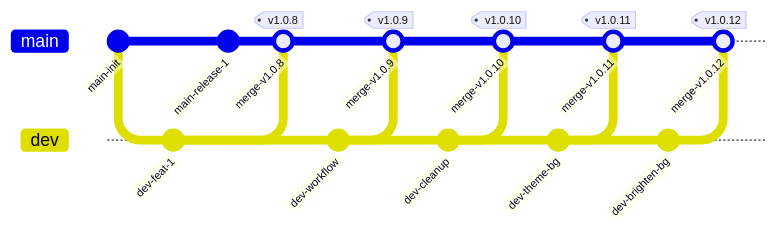
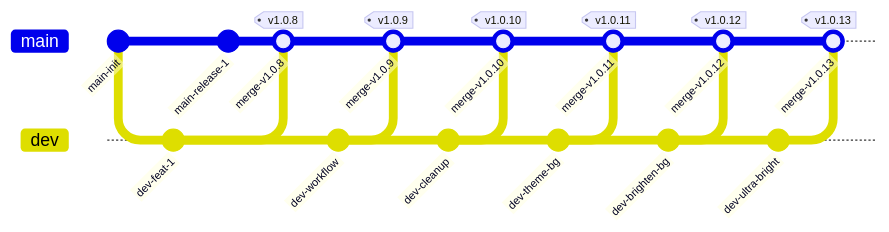
The first of 2 diagrams in OPERATIONS.md (6jbw6/Gomoku), drawn with Mermaid before and after one commit. The commit also changed other lines of this file and 2 other files, not shown here.

````diff
--- a/OPERATIONS.md
+++ b/OPERATIONS.md
@@ -274,26 +297,30 @@
 ```mermaid
 gitGraph
     commit id: "main-init"
     branch dev
     checkout dev
     commit id: "dev-feat-1"
     checkout main
     commit id: "main-release-1"
     merge dev id: "merge-v1.0.8" tag: "v1.0.8"
     checkout dev
     commit id: "dev-workflow"
     checkout main
     merge dev id: "merge-v1.0.9" tag: "v1.0.9"
     checkout dev
     commit id: "dev-cleanup"
     checkout main
     merge dev id: "merge-v1.0.10" tag: "v1.0.10"
     checkout dev
     commit id: "dev-theme-bg"
     checkout main
     merge dev id: "merge-v1.0.11" tag: "v1.0.11"
     checkout dev
     commit id: "dev-brighten-bg"
     checkout main
     merge dev id: "merge-v1.0.12" tag: "v1.0.12"
+    checkout dev
+    commit id: "dev-ultra-bright"
+    checkout main
+    merge dev id: "merge-v1.0.13" tag: "v1.0.13"
 ```
````
